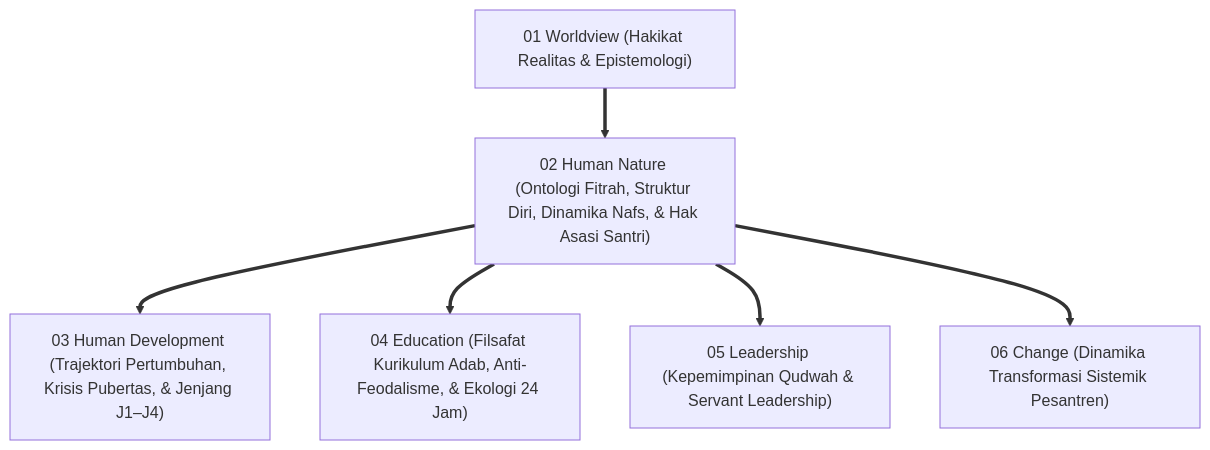
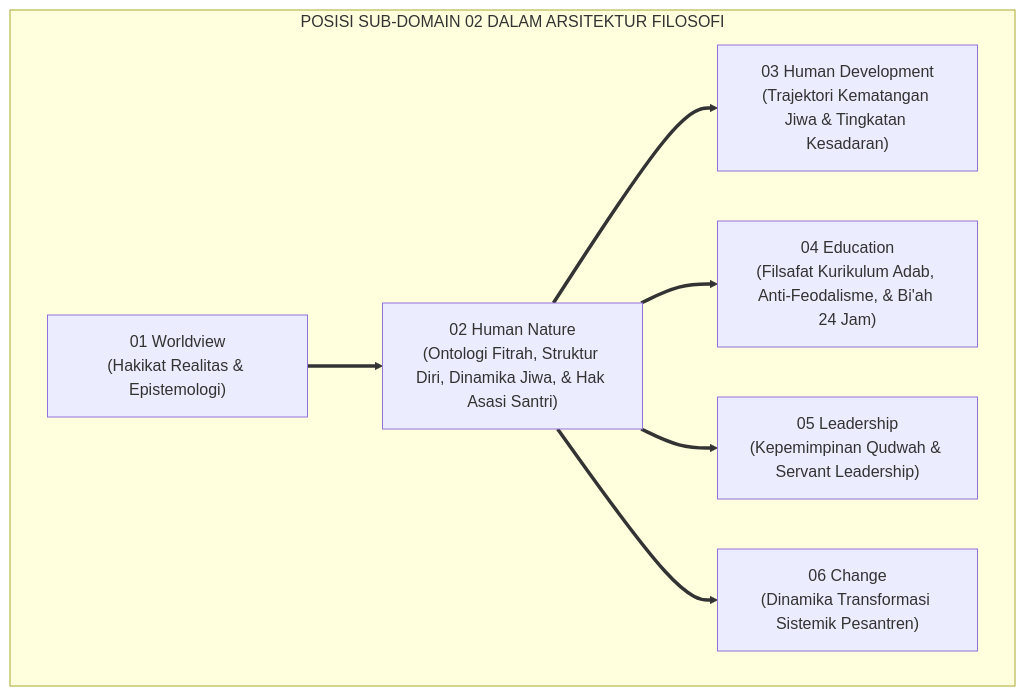
One commit to wandiapriliyandi/tumbuh changed the first of 4 diagrams in 01 Philosophy/02 Human Nature/P1-02-Human-Nature-TUMBUH.md. Above: the diagram before and after it, drawn with Mermaid. The commit also changed other lines of this file and 6 other files, not shown here.

Commit message:
docs(human-nature): reconstruct all 02 Human Nature monographs to pure academic standard

````diff
--- a/01 Philosophy/02 Human Nature/P1-02-Human-Nature-TUMBUH.md
+++ b/01 Philosophy/02 Human Nature/P1-02-Human-Nature-TUMBUH.md
@@ -50,10 +55,12 @@
 ```mermaid
-graph TD
-    WV["01 Worldview (Hakikat Realitas & Epistemologi)"] 
-    ==> HN["02 Human Nature (Ontologi Fitrah, Struktur Diri, Dinamika Nafs, & Hak Asasi Santri)"]
-    
-    HN ==> HD["03 Human Development (Trajektori Pertumbuhan, Krisis Pubertas, & Jenjang J1–J4)"]
-    HN ==> ED["04 Education (Filsafat Kurikulum Adab, Anti-Feodalisme, & Ekologi 24 Jam)"]
-    HN ==> LD["05 Leadership (Kepemimpinan Qudwah & Servant Leadership)"]
-    HN ==> CH["06 Change (Dinamika Transformasi Sistemik Pesantren)"]
+flowchart TD
+    subgraph PosisiHumanNatureTUMBUH["POSISI SUB-DOMAIN 02 DALAM ARSITEKTUR FILOSOFI"]
+        WV["01 Worldview<br/>(Hakikat Realitas & Epistemologi)"] 
+        ==> HN["02 Human Nature<br/>(Ontologi Fitrah, Struktur Diri, Dinamika Jiwa, & Hak Asasi Santri)"]
+        
+        HN ==> HD["03 Human Development<br/>(Trajektori Kematangan Jiwa & Tingkatan Kesadaran)"]
+        HN ==> ED["04 Education<br/>(Filsafat Kurikulum Adab, Anti-Feodalisme, & Bi'ah 24 Jam)"]
+        HN ==> LD["05 Leadership<br/>(Kepemimpinan Qudwah & Servant Leadership)"]
+        HN ==> CH["06 Change<br/>(Dinamika Transformasi Sistemik Pesantren)"]
+    end
 ```
````
